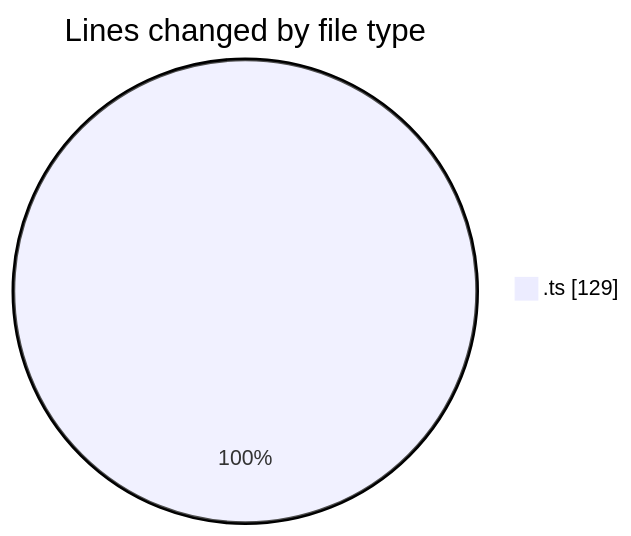
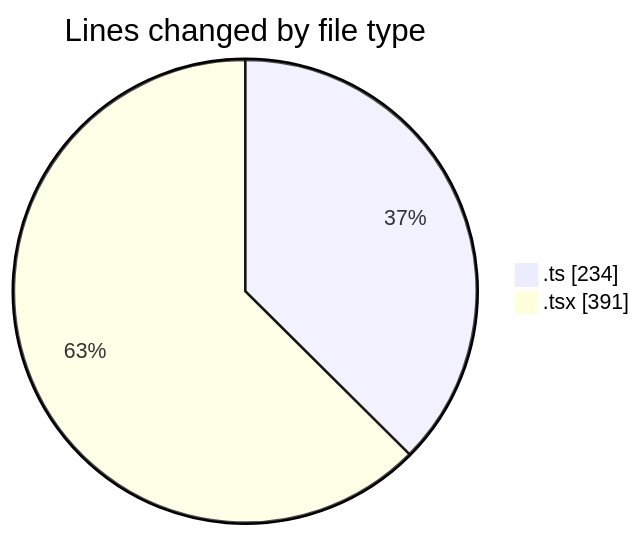
One commit to momahboobian/code-tracking changed the first of 2 diagrams in 2025-05-01/cda/README.md. Above: the diagram before and after it, drawn with Mermaid. The commit also changed other lines of this file and 1 other file, not shown here.

````diff
--- a/2025-05-01/cda/README.md
+++ b/2025-05-01/cda/README.md
@@ -21,5 +24,6 @@
 ```mermaid
 pie showData
 title Lines changed by file type
-".ts" : 129
+".ts" : 234
+".tsx" : 391
 ```
````
